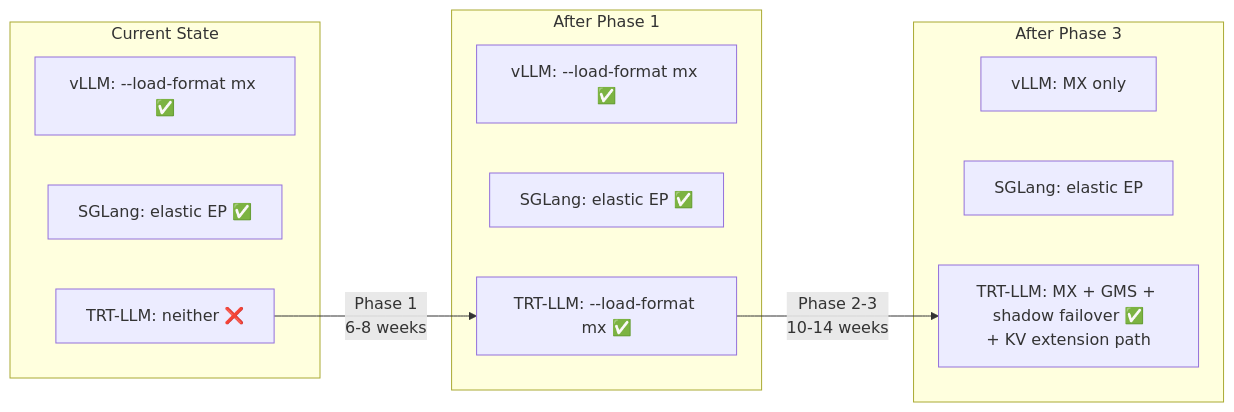
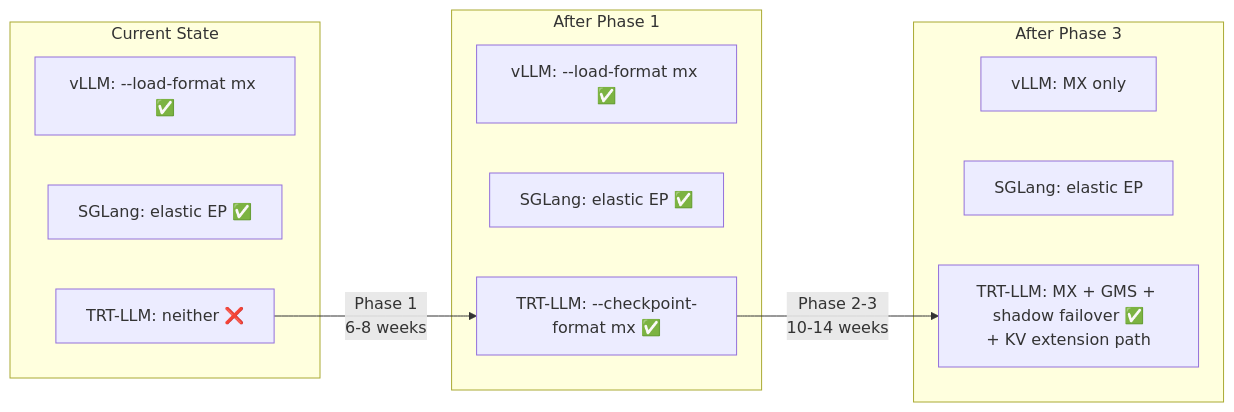
One commit to chienchunhung/TensorRT-LLM changed the first of 2 diagrams in docs/design/mx-gms-integration/13-strategic-alignment.md. Above: the diagram before and after it, drawn with Mermaid. The commit also changed 6 other files, not shown here.

````diff
--- a/docs/design/mx-gms-integration/13-strategic-alignment.md
+++ b/docs/design/mx-gms-integration/13-strategic-alignment.md
@@ -34,23 +34,23 @@
 ```mermaid
 graph LR
     subgraph "Current State"
         VLLM_NOW["vLLM: --load-format mx ✅"]
         SGLANG_NOW["SGLang: elastic EP ✅"]
         TRTLLM_NOW["TRT-LLM: neither ❌"]
     end
 
     subgraph "After Phase 1"
         VLLM_P1["vLLM: --load-format mx ✅"]
         SGLANG_P1["SGLang: elastic EP ✅"]
-        TRTLLM_P1["TRT-LLM: --load-format mx ✅"]
+        TRTLLM_P1["TRT-LLM: --checkpoint-format mx ✅"]
     end
 
     subgraph "After Phase 3"
         VLLM_P3["vLLM: MX only"]
         SGLANG_P3["SGLang: elastic EP"]
         TRTLLM_P3["TRT-LLM: MX + GMS + shadow failover ✅<br/>+ KV extension path"]
     end
 
     TRTLLM_NOW -->|"Phase 1<br/>6-8 weeks"| TRTLLM_P1
     TRTLLM_P1 -->|"Phase 2-3<br/>10-14 weeks"| TRTLLM_P3
 ```
````
